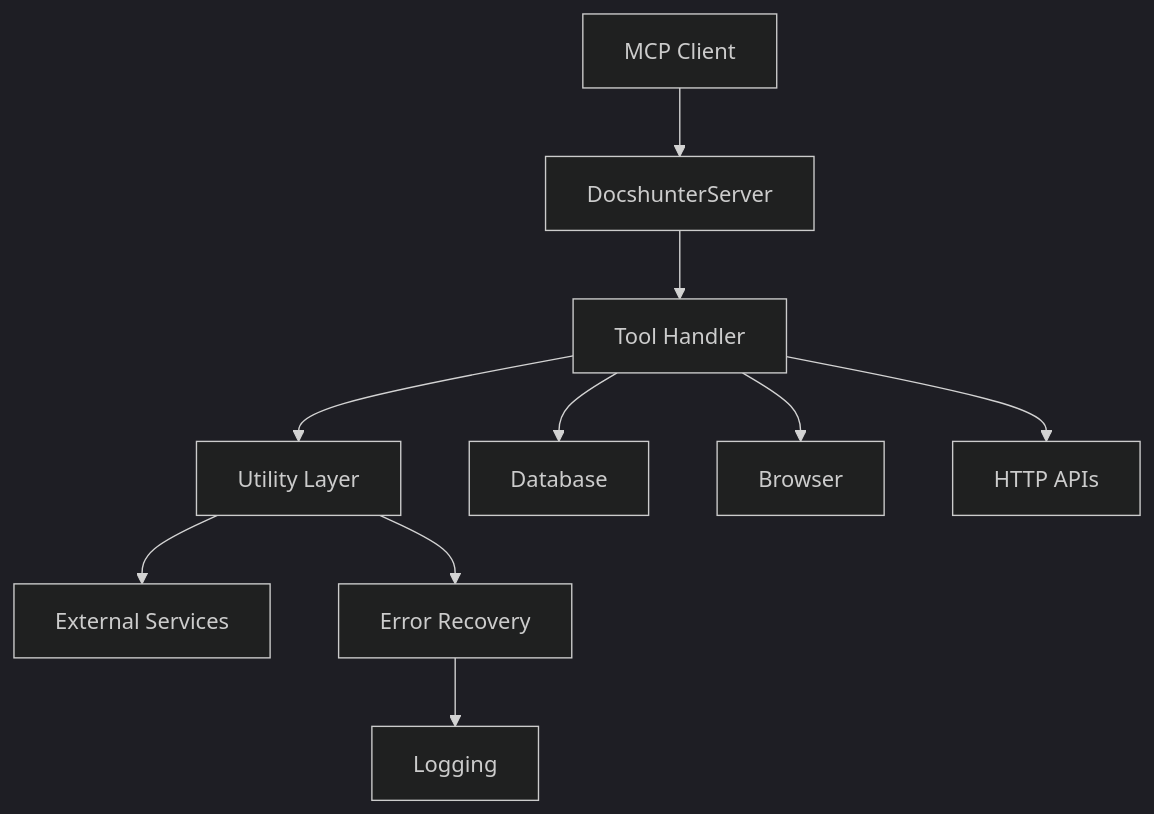
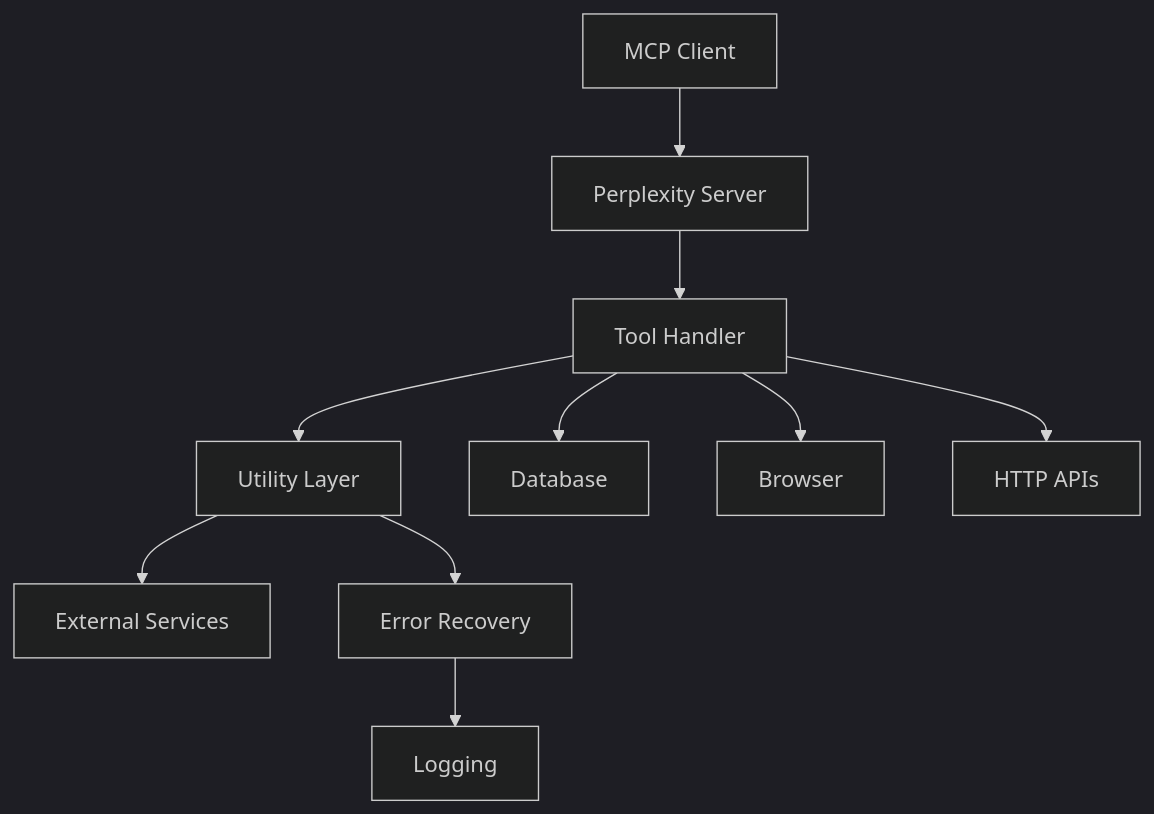
The diagram in docs/architecture.md (wysh3/perplexity-mcp-zerver), drawn with Mermaid (dark theme) before and after one commit. The commit also changed other lines of this file and 13 other files, not shown here.

````diff
--- a/docs/architecture.md
+++ b/docs/architecture.md
@@ -110,14 +110,14 @@
 ```mermaid
 graph TD
-    A[MCP Client] --> B[DocshunterServer]
+    A[MCP Client] --> B[Perplexity Server]
     B --> C[Tool Handler]
     C --> D[Utility Layer]
     D --> E[External Services]
 
     C --> F[Database]
     C --> G[Browser]
     C --> H[HTTP APIs]
 
     D --> I[Error Recovery]
     I --> J[Logging]
 ```
````
